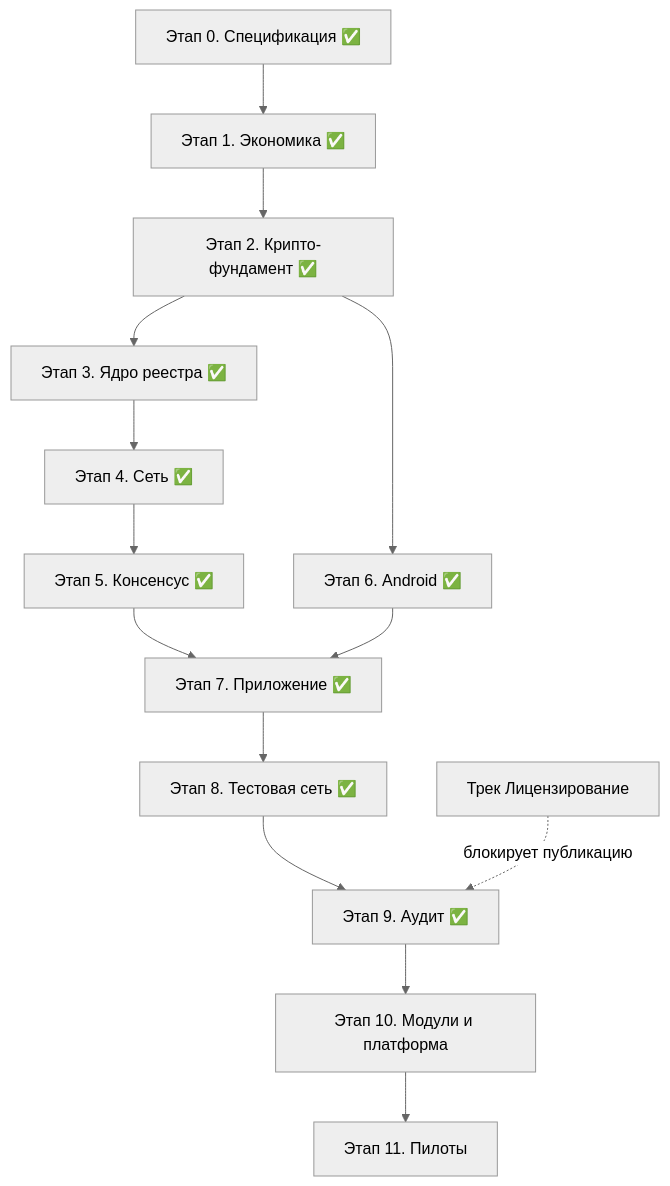
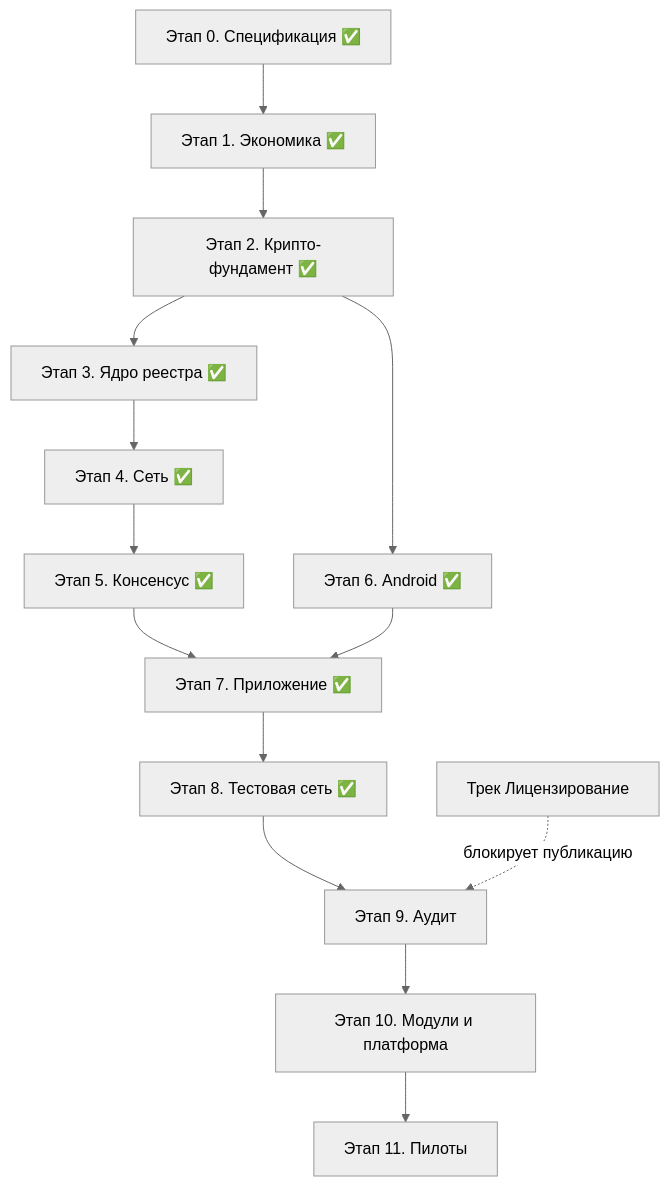
Before and after one commit to rumatakira74/equality-trust-networks: the diagram in docs/development-plan.md, drawn with Mermaid (neutral theme). The commit also changed other lines of this file and 1 other file, not shown here.

````diff
--- a/docs/development-plan.md
+++ b/docs/development-plan.md
@@ -264,16 +261,16 @@
 ```mermaid
 flowchart TD
     S0["Этап 0. Спецификация ✅"] --> S1["Этап 1. Экономика ✅"]
     S1 --> S2["Этап 2. Крипто-фундамент ✅"]
     S2 --> S3["Этап 3. Ядро реестра ✅"]
     S3 --> S4["Этап 4. Сеть ✅"]
     S4 --> S5["Этап 5. Консенсус ✅"]
     S2 --> S6["Этап 6. Android ✅"]
     S5 --> S7["Этап 7. Приложение ✅"]
     S6 --> S7
     S7 --> S8["Этап 8. Тестовая сеть ✅"]
-    S8 --> S9["Этап 9. Аудит ✅"]
+    S8 --> S9["Этап 9. Аудит"]
     S9 --> S10["Этап 10. Модули и платформа"]
     S10 --> S11["Этап 11. Пилоты"]
     L["Трек Лицензирование"] -. "блокирует публикацию" .-> S9
 ```
````
